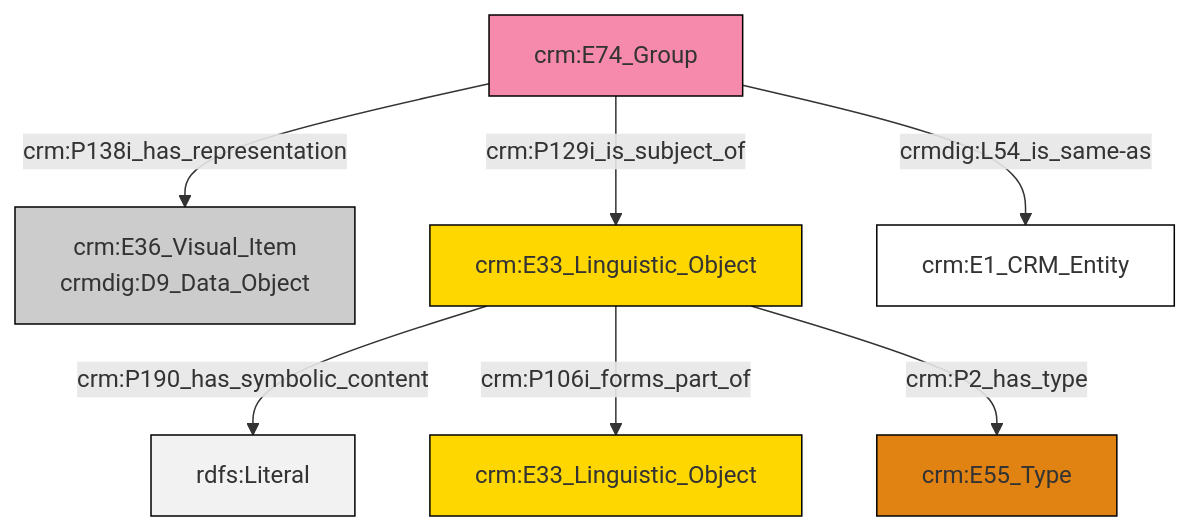
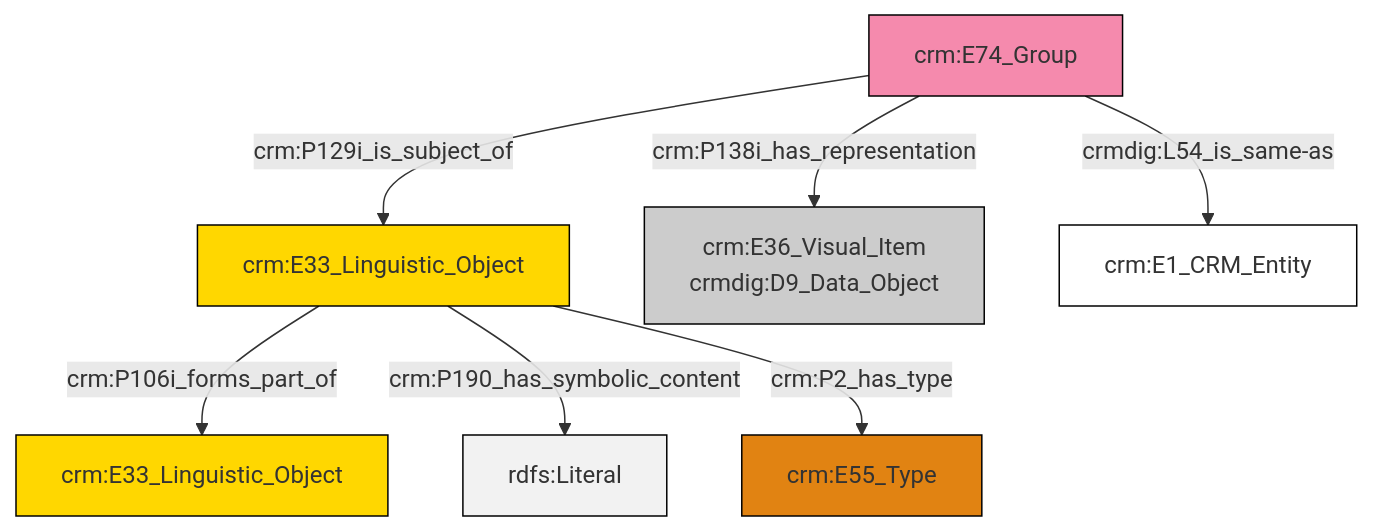
Before and after one commit to swiss-art-research-net/reference-data-models: the diagram in et/groupCSV/ttl/mmd/group_documentation.ttl.mmd, drawn with Mermaid. The commit also changed 127 other files, not shown here.

```diff
--- a/et/groupCSV/ttl/mmd/group_documentation.ttl.mmd
+++ b/et/groupCSV/ttl/mmd/group_documentation.ttl.mmd
@@ -1,21 +1,21 @@
 graph TD
 classDef Literal fill:#f2f2f2,stroke:#000000;
 classDef CRM_Entity fill:#FFFFFF,stroke:#000000;
 classDef Temporal_Entity fill:#00C9E6, stroke:#000000;
 classDef Type fill:#E18312, stroke:#000000;
 classDef Time-Span fill:#2C9C91, stroke:#000000;
 classDef Appellation fill:#FFEB7F, stroke:#000000;
 classDef Place fill:#008836, stroke:#000000;
 classDef Persistent_Item fill:#B266B2, stroke:#000000;
 classDef Conceptual_Object fill:#FFD700, stroke:#000000;
 classDef Physical_Thing fill:#D2B48C, stroke:#000000;
 classDef Actor fill:#f58aad, stroke:#000000;
 classDef PC_Classes fill:#4ce600, stroke:#000000;
 classDef Multi fill:#cccccc,stroke:#000000;
 
-8["crm:E74_Group"]:::Actor -->|crm:P129i_is_subject_of| 9["crm:E33_Linguistic_Object"]:::Conceptual_Object
-9["crm:E33_Linguistic_Object"]:::Conceptual_Object -->|crm:P190_has_symbolic_content| 10[rdfs:Literal]:::Literal
-9["crm:E33_Linguistic_Object"]:::Conceptual_Object -->|crm:P106i_forms_part_of| 2["crm:E33_Linguistic_Object"]:::Conceptual_Object
-9["crm:E33_Linguistic_Object"]:::Conceptual_Object -->|crm:P2_has_type| 4["crm:E55_Type"]:::Type
-8["crm:E74_Group"]:::Actor -->|crmdig:L54_is_same-as| 11["crm:E1_CRM_Entity"]:::CRM_Entity
-8["crm:E74_Group"]:::Actor -->|crm:P138i_has_representation| 0["crm:E36_Visual_Item<br>crmdig:D9_Data_Object"]:::Multi
+0["crm:E33_Linguistic_Object"]:::Conceptual_Object -->|crm:P106i_forms_part_of| 1["crm:E33_Linguistic_Object"]:::Conceptual_Object
+0["crm:E33_Linguistic_Object"]:::Conceptual_Object -->|crm:P190_has_symbolic_content| 2[rdfs:Literal]:::Literal
+5["crm:E74_Group"]:::Actor -->|crmdig:L54_is_same-as| 9["crm:E1_CRM_Entity"]:::CRM_Entity
+5["crm:E74_Group"]:::Actor -->|crm:P129i_is_subject_of| 0["crm:E33_Linguistic_Object"]:::Conceptual_Object
+0["crm:E33_Linguistic_Object"]:::Conceptual_Object -->|crm:P2_has_type| 11["crm:E55_Type"]:::Type
+5["crm:E74_Group"]:::Actor -->|crm:P138i_has_representation| 3["crm:E36_Visual_Item<br>crmdig:D9_Data_Object"]:::Multi
```
